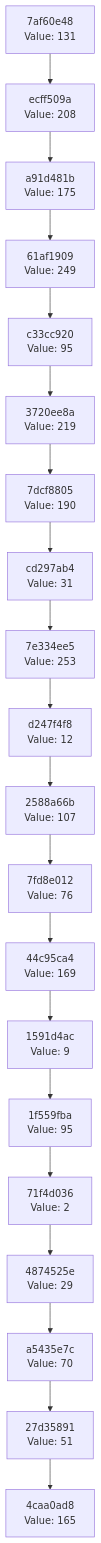
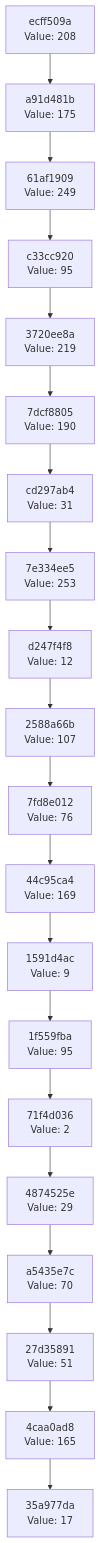
One commit to Abhisheksinha1506/hash-chain-evolver changed the diagram in docs/CHAIN_VISUALIZATION.md. Above: the diagram before and after it, drawn with Mermaid. The commit also changed 2 other files, not shown here.

Commit message:
Evolution Step

````diff
--- a/docs/CHAIN_VISUALIZATION.md
+++ b/docs/CHAIN_VISUALIZATION.md
@@ -3,42 +3,42 @@
 ```mermaid
 graph TD
-    C0["4caa0ad8<br/>Value: 165"]
-    C1["27d35891<br/>Value: 51"]
+    C0["35a977da<br/>Value: 17"]
+    C1["4caa0ad8<br/>Value: 165"]
     C1 --> C0
-    C2["a5435e7c<br/>Value: 70"]
+    C2["27d35891<br/>Value: 51"]
     C2 --> C1
-    C3["4874525e<br/>Value: 29"]
+    C3["a5435e7c<br/>Value: 70"]
     C3 --> C2
-    C4["71f4d036<br/>Value: 2"]
+    C4["4874525e<br/>Value: 29"]
     C4 --> C3
-    C5["1f559fba<br/>Value: 95"]
+    C5["71f4d036<br/>Value: 2"]
     C5 --> C4
-    C6["1591d4ac<br/>Value: 9"]
+    C6["1f559fba<br/>Value: 95"]
     C6 --> C5
-    C7["44c95ca4<br/>Value: 169"]
+    C7["1591d4ac<br/>Value: 9"]
     C7 --> C6
-    C8["7fd8e012<br/>Value: 76"]
+    C8["44c95ca4<br/>Value: 169"]
     C8 --> C7
-    C9["2588a66b<br/>Value: 107"]
+    C9["7fd8e012<br/>Value: 76"]
     C9 --> C8
-    C10["d247f4f8<br/>Value: 12"]
+    C10["2588a66b<br/>Value: 107"]
     C10 --> C9
-    C11["7e334ee5<br/>Value: 253"]
+    C11["d247f4f8<br/>Value: 12"]
     C11 --> C10
-    C12["cd297ab4<br/>Value: 31"]
+    C12["7e334ee5<br/>Value: 253"]
     C12 --> C11
-    C13["7dcf8805<br/>Value: 190"]
+    C13["cd297ab4<br/>Value: 31"]
     C13 --> C12
-    C14["3720ee8a<br/>Value: 219"]
+    C14["7dcf8805<br/>Value: 190"]
     C14 --> C13
-    C15["c33cc920<br/>Value: 95"]
+    C15["3720ee8a<br/>Value: 219"]
     C15 --> C14
-    C16["61af1909<br/>Value: 249"]
+    C16["c33cc920<br/>Value: 95"]
     C16 --> C15
-    C17["a91d481b<br/>Value: 175"]
+    C17["61af1909<br/>Value: 249"]
     C17 --> C16
-    C18["ecff509a<br/>Value: 208"]
+    C18["a91d481b<br/>Value: 175"]
     C18 --> C17
-    C19["7af60e48<br/>Value: 131"]
+    C19["ecff509a<br/>Value: 208"]
     C19 --> C18
 ```
````
